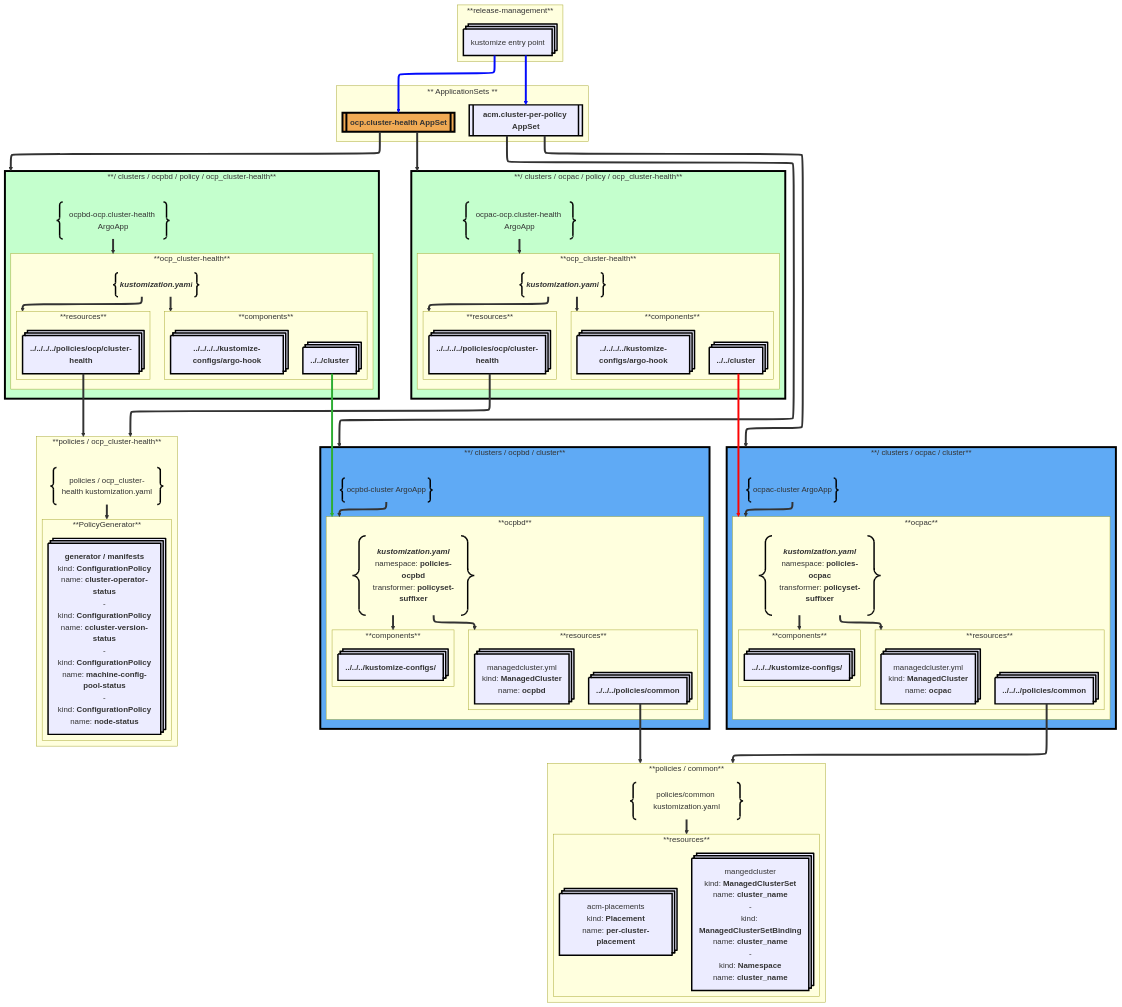
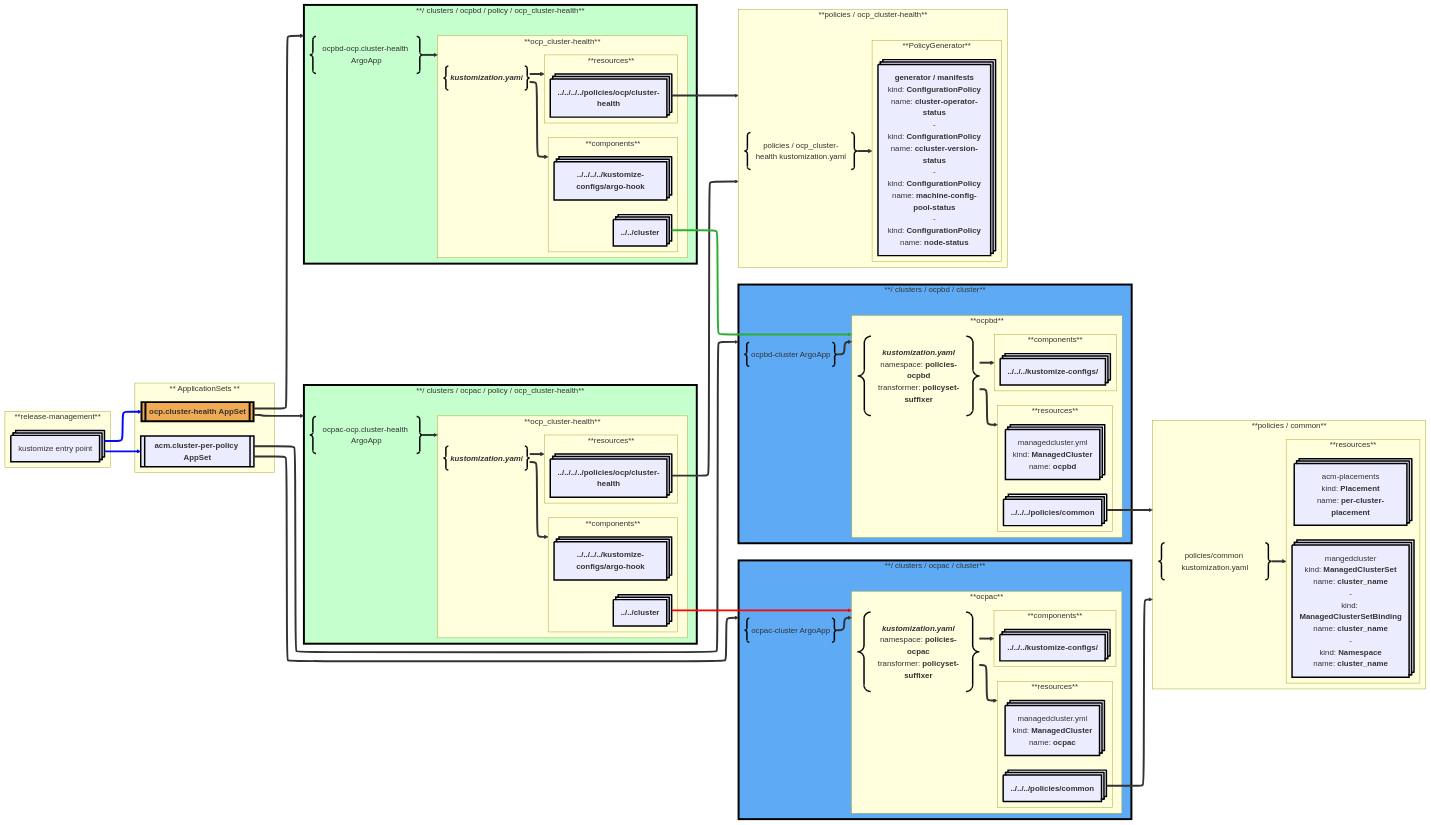
One commit to bry-tam/acm-policy-per-cluster-example changed the diagram in docs/kustomize-flow.md. Above: the diagram before and after it, drawn with Mermaid.

Commit message:
try layout in LR

```diff
--- a/docs/kustomize-flow.md
+++ b/docs/kustomize-flow.md
@@ -6,7 +6,7 @@
     theme: neutral
   layout: elk
 ---
-graph TD
+graph LR
     subgraph Release_Management [ **release-management** ]
         RM_Kust@{ shape: processes, label: "kustomize entry point" }
     end
```
